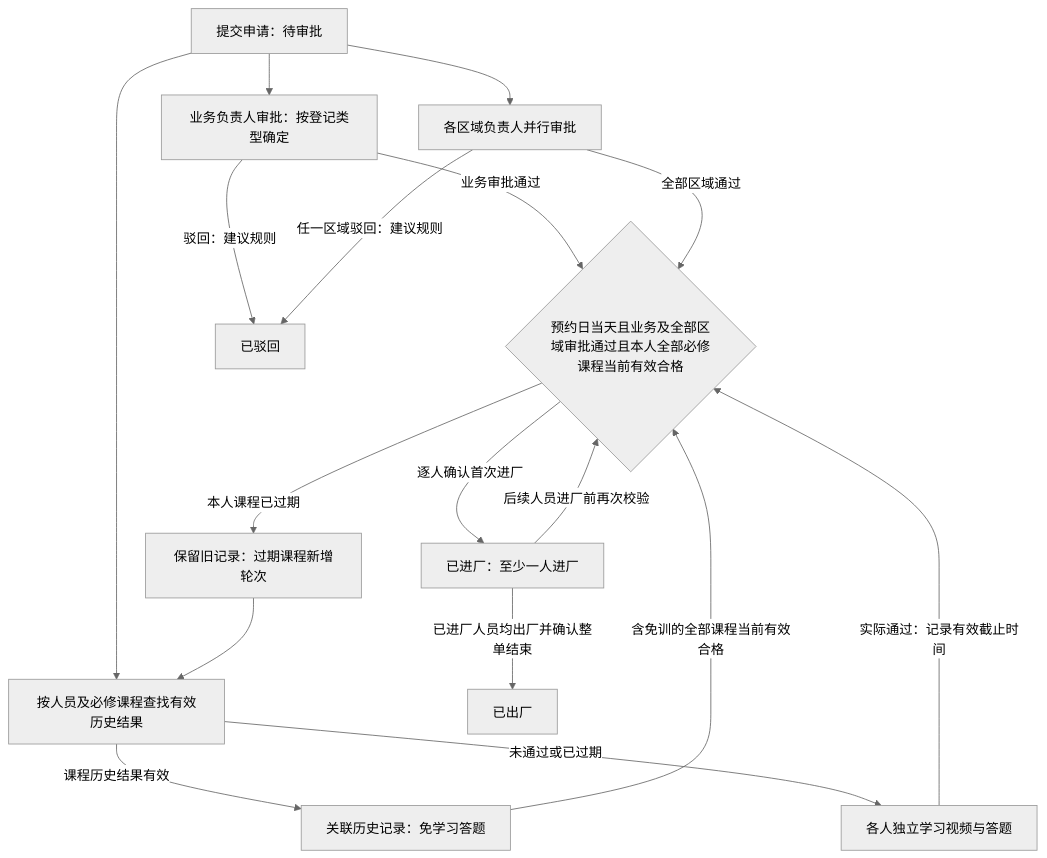
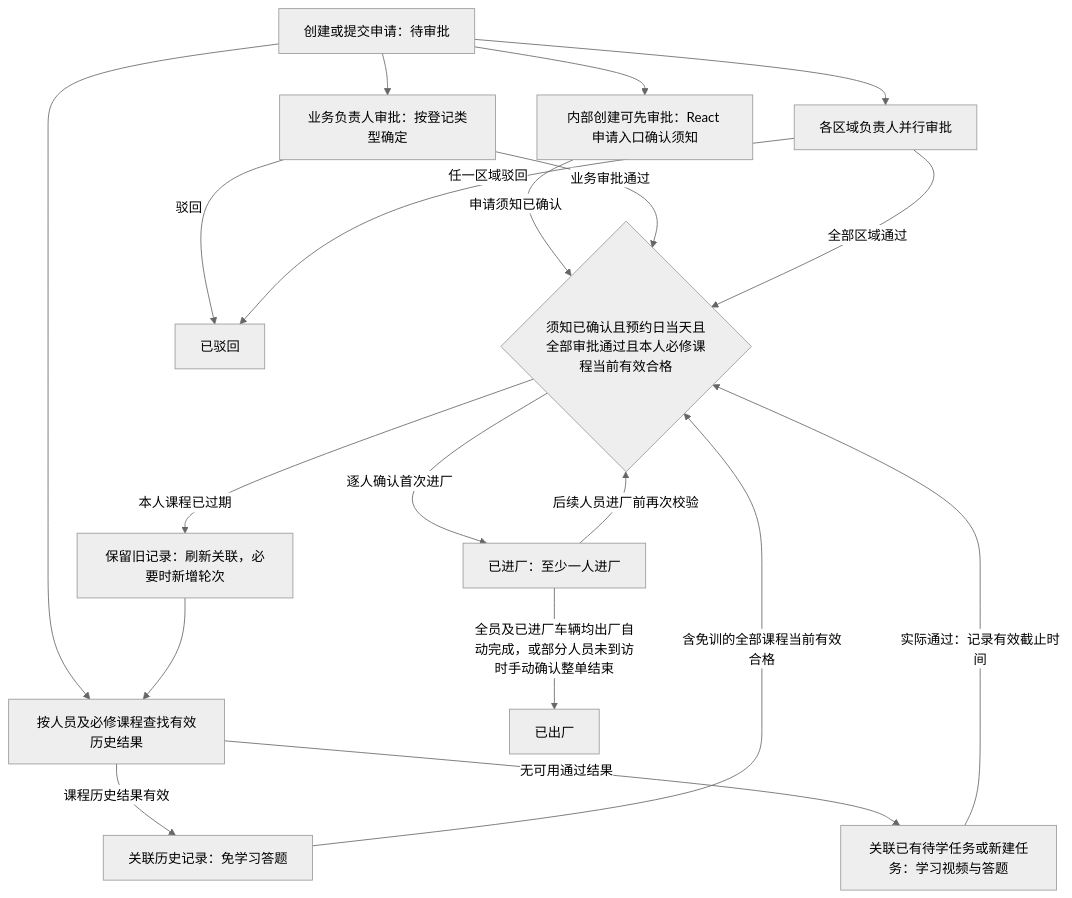
The first of 2 diagrams in doc/VisitSafe-Backend-SPEC.md (neozhu/visit-traning-client), drawn with Mermaid (neutral theme) before and after one commit. The commit also changed other lines of this file and 23 other files, not shown here.

````diff
--- a/doc/VisitSafe-Backend-SPEC.md
+++ b/doc/VisitSafe-Backend-SPEC.md
@@ -168,19 +192,21 @@
 ```mermaid
 flowchart TB
-    Submitted[提交申请：待审批] --> BusinessReview[业务负责人审批：按登记类型确定]
+    Submitted[创建或提交申请：待审批] --> BusinessReview[业务负责人审批：按登记类型确定]
     Submitted --> AreaReview[各区域负责人并行审批]
     Submitted --> MatchTraining[按人员及必修课程查找有效历史结果]
     MatchTraining -->|课程历史结果有效| Reused[关联历史记录：免学习答题]
-    MatchTraining -->|未通过或已过期| Training[各人独立学习视频与答题]
-    BusinessReview -->|业务审批通过| Gate{预约日当天且业务及全部区域审批通过且本人全部必修课程当前有效合格}
+    MatchTraining -->|无可用通过结果| Training[关联已有待学任务或新建任务：学习视频与答题]
+    Submitted --> Notice[内部创建可先审批：React 申请入口确认须知]
+    Notice -->|申请须知已确认| Gate
+    BusinessReview -->|业务审批通过| Gate{须知已确认且预约日当天且全部审批通过且本人必修课程当前有效合格}
     AreaReview -->|全部区域通过| Gate
     Reused -->|含免训的全部课程当前有效合格| Gate
     Training -->|实际通过：记录有效截止时间| Gate
-    Gate -->|本人课程已过期| RenewTraining[保留旧记录：过期课程新增轮次]
+    Gate -->|本人课程已过期| RenewTraining[保留旧记录：刷新关联，必要时新增轮次]
     RenewTraining --> MatchTraining
-    BusinessReview -->|驳回：建议规则| Rejected[已驳回]
-    AreaReview -->|任一区域驳回：建议规则| Rejected
+    BusinessReview -->|驳回| Rejected[已驳回]
+    AreaReview -->|任一区域驳回| Rejected
     Gate -->|逐人确认首次进厂| CheckedIn[已进厂：至少一人进厂]
     CheckedIn -->|后续人员进厂前再次校验| Gate
-    CheckedIn -->|已进厂人员均出厂并确认整单结束| CheckedOut[已出厂]
+    CheckedIn -->|全员及已进厂车辆均出厂自动完成，或部分人员未到访时手动确认整单结束| CheckedOut[已出厂]
 ```
````
